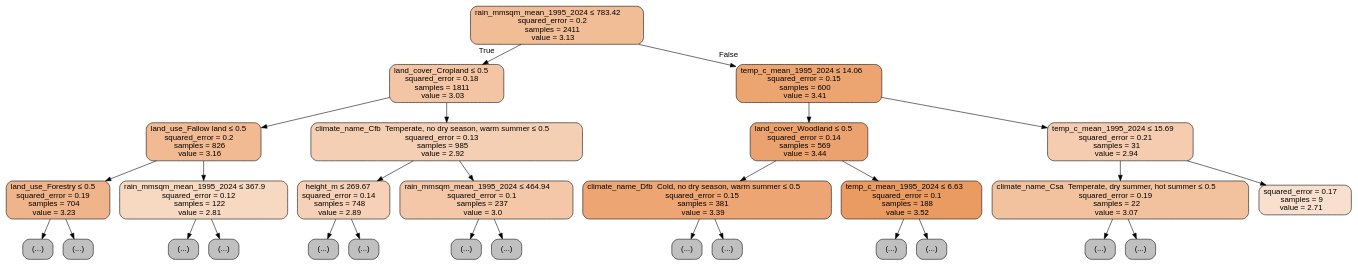
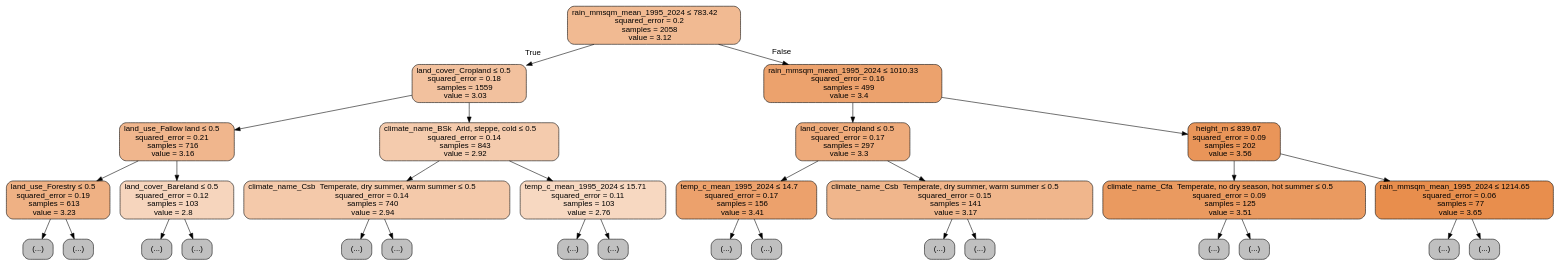
Before and after one commit to Gianni-BIM/Geo-Projektarbeit: the diagram in output/tree.dot, drawn with Graphviz. The commit also changed 42 other files, not shown here.

```diff
--- a/output/tree.dot
+++ b/output/tree.dot
@@ -1,61 +1,65 @@
 digraph Tree {
 node [shape=box, style="filled, rounded", color="black", fontname="helvetica"] ;
 edge [fontname="helvetica"] ;
-0 [label=<rain_mmsqm_mean_1995_2024 &le; 783.42<br/>squared_error = 0.2<br/>samples = 2411<br/>value = 3.13>, fillcolor="#f1bd97"] ;
-1 [label=<land_cover_Cropland &le; 0.5<br/>squared_error = 0.18<br/>samples = 1811<br/>value = 3.03>, fillcolor="#f3c5a4"] ;
+0 [label=<rain_mmsqm_mean_1995_2024 &le; 783.42<br/>squared_error = 0.2<br/>samples = 2058<br/>value = 3.12>, fillcolor="#f1ba92"] ;
+1 [label=<land_cover_Cropland &le; 0.5<br/>squared_error = 0.18<br/>samples = 1559<br/>value = 3.03>, fillcolor="#f2c19e"] ;
 0 -> 1 [labeldistance=2.5, labelangle=45, headlabel="True"] ;
-2 [label=<land_use_Fallow land &le; 0.5<br/>squared_error = 0.2<br/>samples = 826<br/>value = 3.16>, fillcolor="#f1ba92"] ;
+2 [label=<land_use_Fallow land &le; 0.5<br/>squared_error = 0.21<br/>samples = 716<br/>value = 3.16>, fillcolor="#f0b68d"] ;
 1 -> 2 ;
-3 [label=<land_use_Forestry &le; 0.5<br/>squared_error = 0.19<br/>samples = 704<br/>value = 3.23>, fillcolor="#f0b48a"] ;
+3 [label=<land_use_Forestry &le; 0.5<br/>squared_error = 0.19<br/>samples = 613<br/>value = 3.23>, fillcolor="#efb184"] ;
 2 -> 3 ;
 4 [label="(...)", fillcolor="#C0C0C0"] ;
 3 -> 4 ;
-117 [label="(...)", fillcolor="#C0C0C0"] ;
-3 -> 117 ;
-198 [label=<rain_mmsqm_mean_1995_2024 &le; 367.9<br/>squared_error = 0.12<br/>samples = 122<br/>value = 2.81>, fillcolor="#f7d8c1"] ;
-2 -> 198 ;
-199 [label="(...)", fillcolor="#C0C0C0"] ;
-198 -> 199 ;
-210 [label="(...)", fillcolor="#C0C0C0"] ;
-198 -> 210 ;
-237 [label=<climate_name_Cfb  Temperate, no dry season, warm summer &le; 0.5<br/>squared_error = 0.13<br/>samples = 985<br/>value = 2.92>, fillcolor="#f5cfb3"] ;
-1 -> 237 ;
-238 [label=<height_m &le; 269.67<br/>squared_error = 0.14<br/>samples = 748<br/>value = 2.89>, fillcolor="#f6d1b7"] ;
-237 -> 238 ;
-239 [label="(...)", fillcolor="#C0C0C0"] ;
-238 -> 239 ;
-352 [label="(...)", fillcolor="#C0C0C0"] ;
-238 -> 352 ;
-451 [label=<rain_mmsqm_mean_1995_2024 &le; 464.94<br/>squared_error = 0.1<br/>samples = 237<br/>value = 3.0>, fillcolor="#f4c7a8"] ;
-237 -> 451 ;
-452 [label="(...)", fillcolor="#C0C0C0"] ;
-451 -> 452 ;
-457 [label="(...)", fillcolor="#C0C0C0"] ;
-451 -> 457 ;
-522 [label=<temp_c_mean_1995_2024 &le; 14.06<br/>squared_error = 0.15<br/>samples = 600<br/>value = 3.41>, fillcolor="#eca471"] ;
-0 -> 522 [labeldistance=2.5, labelangle=-45, headlabel="False"] ;
-523 [label=<land_cover_Woodland &le; 0.5<br/>squared_error = 0.14<br/>samples = 569<br/>value = 3.44>, fillcolor="#eca26e"] ;
-522 -> 523 ;
-524 [label=<climate_name_Dfb  Cold, no dry season, warm summer &le; 0.5<br/>squared_error = 0.15<br/>samples = 381<br/>value = 3.39>, fillcolor="#eda673"] ;
+111 [label="(...)", fillcolor="#C0C0C0"] ;
+3 -> 111 ;
+172 [label=<land_cover_Bareland &le; 0.5<br/>squared_error = 0.12<br/>samples = 103<br/>value = 2.8>, fillcolor="#f6d5bd"] ;
+2 -> 172 ;
+173 [label="(...)", fillcolor="#C0C0C0"] ;
+172 -> 173 ;
+188 [label="(...)", fillcolor="#C0C0C0"] ;
+172 -> 188 ;
+207 [label=<climate_name_BSk  Arid, steppe, cold &le; 0.5<br/>squared_error = 0.14<br/>samples = 843<br/>value = 2.92>, fillcolor="#f4cbad"] ;
+1 -> 207 ;
+208 [label=<climate_name_Csb  Temperate, dry summer, warm summer &le; 0.5<br/>squared_error = 0.14<br/>samples = 740<br/>value = 2.94>, fillcolor="#f4c9aa"] ;
+207 -> 208 ;
+209 [label="(...)", fillcolor="#C0C0C0"] ;
+208 -> 209 ;
+432 [label="(...)", fillcolor="#C0C0C0"] ;
+208 -> 432 ;
+447 [label=<temp_c_mean_1995_2024 &le; 15.71<br/>squared_error = 0.11<br/>samples = 103<br/>value = 2.76>, fillcolor="#f7d8c1"] ;
+207 -> 447 ;
+448 [label="(...)", fillcolor="#C0C0C0"] ;
+447 -> 448 ;
+471 [label="(...)", fillcolor="#C0C0C0"] ;
+447 -> 471 ;
+478 [label=<rain_mmsqm_mean_1995_2024 &le; 1010.33<br/>squared_error = 0.16<br/>samples = 499<br/>value = 3.4>, fillcolor="#eca26d"] ;
+0 -> 478 [labeldistance=2.5, labelangle=-45, headlabel="False"] ;
+479 [label=<land_cover_Cropland &le; 0.5<br/>squared_error = 0.17<br/>samples = 297<br/>value = 3.3>, fillcolor="#eeab7b"] ;
+478 -> 479 ;
+480 [label=<temp_c_mean_1995_2024 &le; 14.7<br/>squared_error = 0.17<br/>samples = 156<br/>value = 3.41>, fillcolor="#eca16c"] ;
+479 -> 480 ;
+481 [label="(...)", fillcolor="#C0C0C0"] ;
+480 -> 481 ;
+522 [label="(...)", fillcolor="#C0C0C0"] ;
+480 -> 522 ;
+523 [label=<climate_name_Csb  Temperate, dry summer, warm summer &le; 0.5<br/>squared_error = 0.15<br/>samples = 141<br/>value = 3.17>, fillcolor="#f0b68c"] ;
+479 -> 523 ;
+524 [label="(...)", fillcolor="#C0C0C0"] ;
 523 -> 524 ;
-525 [label="(...)", fillcolor="#C0C0C0"] ;
-524 -> 525 ;
-570 [label="(...)", fillcolor="#C0C0C0"] ;
-524 -> 570 ;
-591 [label=<temp_c_mean_1995_2024 &le; 6.63<br/>squared_error = 0.1<br/>samples = 188<br/>value = 3.52>, fillcolor="#ea9b62"] ;
-523 -> 591 ;
-592 [label="(...)", fillcolor="#C0C0C0"] ;
-591 -> 592 ;
-597 [label="(...)", fillcolor="#C0C0C0"] ;
-591 -> 597 ;
-632 [label=<temp_c_mean_1995_2024 &le; 15.69<br/>squared_error = 0.21<br/>samples = 31<br/>value = 2.94>, fillcolor="#f5ccaf"] ;
-522 -> 632 ;
-633 [label=<climate_name_Csa  Temperate, dry summer, hot summer &le; 0.5<br/>squared_error = 0.19<br/>samples = 22<br/>value = 3.07>, fillcolor="#f2c29e"] ;
-632 -> 633 ;
-634 [label="(...)", fillcolor="#C0C0C0"] ;
-633 -> 634 ;
-635 [label="(...)", fillcolor="#C0C0C0"] ;
-633 -> 635 ;
-638 [label=<squared_error = 0.17<br/>samples = 9<br/>value = 2.71>, fillcolor="#f9e0ce"] ;
-632 -> 638 ;
+565 [label="(...)", fillcolor="#C0C0C0"] ;
+523 -> 565 ;
+566 [label=<height_m &le; 839.67<br/>squared_error = 0.09<br/>samples = 202<br/>value = 3.56>, fillcolor="#e99559"] ;
+478 -> 566 ;
+567 [label=<climate_name_Cfa  Temperate, no dry season, hot summer &le; 0.5<br/>squared_error = 0.09<br/>samples = 125<br/>value = 3.51>, fillcolor="#ea9a60"] ;
+566 -> 567 ;
+568 [label="(...)", fillcolor="#C0C0C0"] ;
+567 -> 568 ;
+595 [label="(...)", fillcolor="#C0C0C0"] ;
+567 -> 595 ;
+598 [label=<rain_mmsqm_mean_1995_2024 &le; 1214.65<br/>squared_error = 0.06<br/>samples = 77<br/>value = 3.65>, fillcolor="#e88e4d"] ;
+566 -> 598 ;
+599 [label="(...)", fillcolor="#C0C0C0"] ;
+598 -> 599 ;
+610 [label="(...)", fillcolor="#C0C0C0"] ;
+598 -> 610 ;
 }
```
